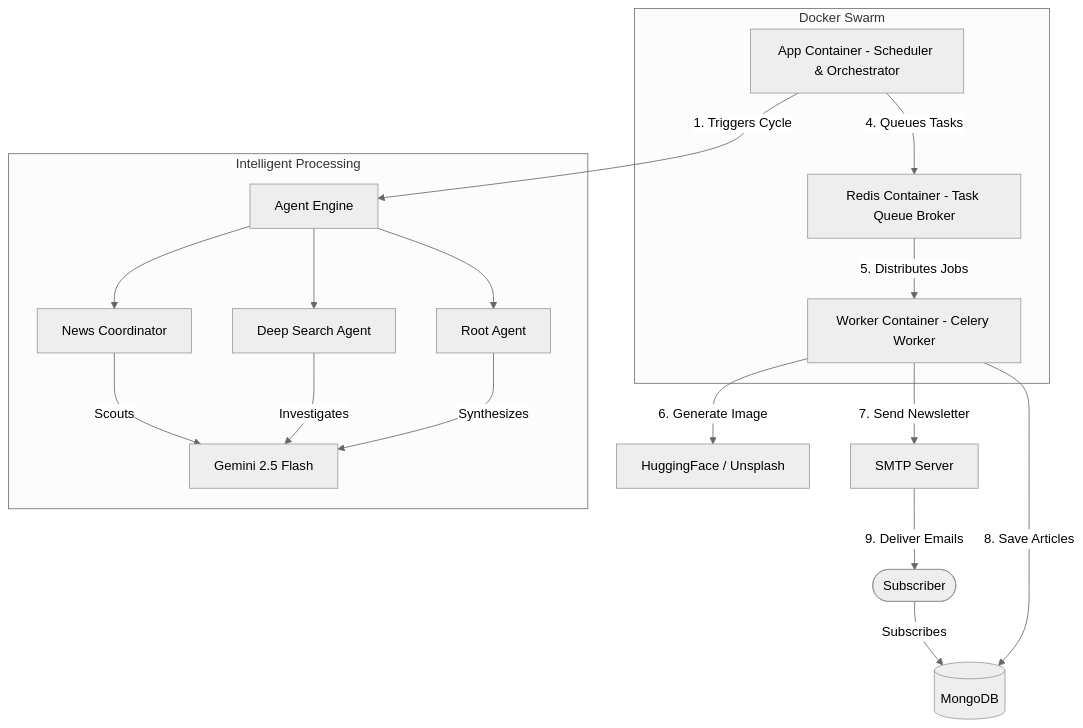
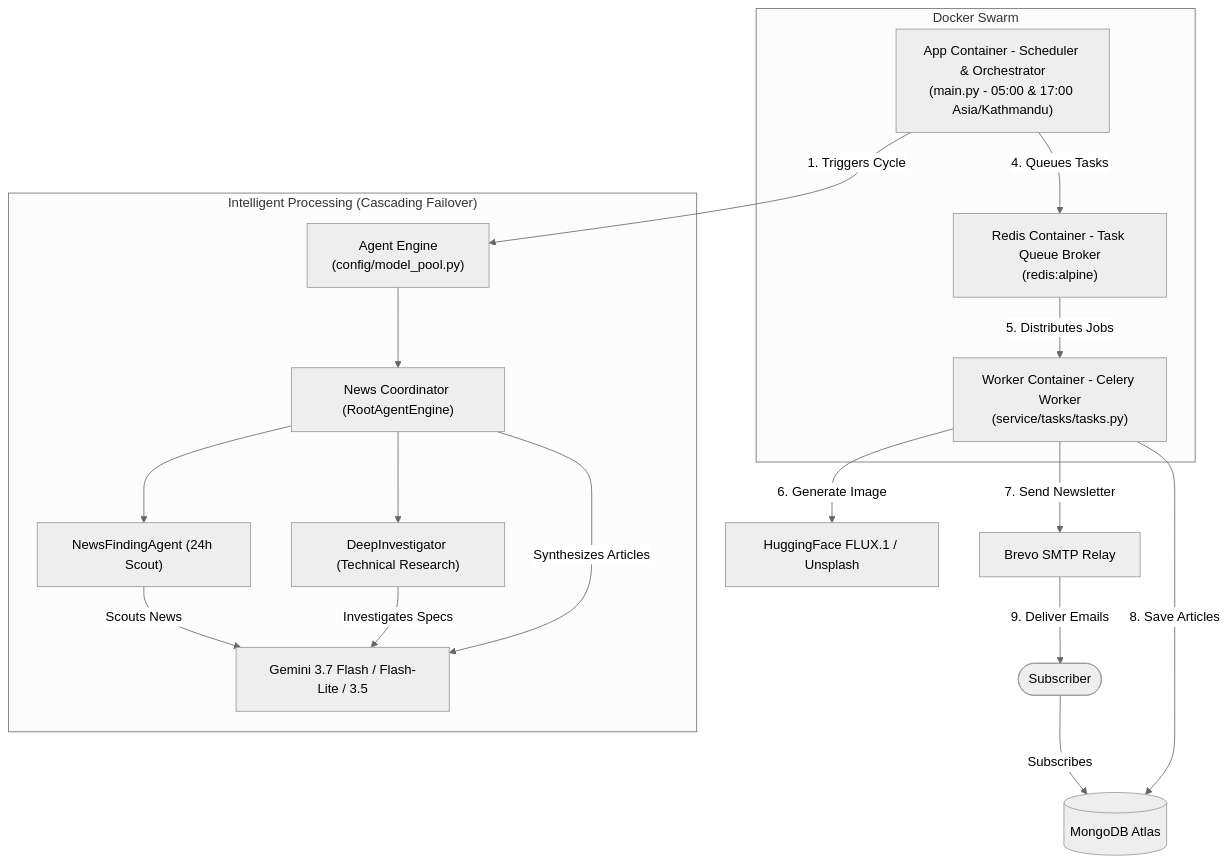
Before and after one commit to AnamolZ/lucid-trend: the first of 2 diagrams in README.md, drawn with Mermaid (neutral theme). The commit also changed other lines of this file and 29 other files, not shown here.

Commit message:
feat: implement multi-model & multi-key cascading failover, zero-token local processing, and architecture cleanup

````diff
--- a/README.md
+++ b/README.md
@@ -26,30 +55,30 @@
 ```mermaid
 flowchart TD
     subgraph "Docker Swarm"
-        Scheduler[App Container - Scheduler & Orchestrator]
-        Worker[Worker Container - Celery Worker]
-        Broker[Redis Container - Task Queue Broker]
+        Scheduler["App Container - Scheduler & Orchestrator\n(main.py - 05:00 & 17:00 Asia/Kathmandu)"]
+        Worker["Worker Container - Celery Worker\n(service/tasks/tasks.py)"]
+        Broker["Redis Container - Task Queue Broker\n(redis:alpine)"]
     end
 
-    User([Subscriber]) --> |Subscribes| MongoDB[(MongoDB)]
+    User([Subscriber]) --> |Subscribes| MongoDB[(MongoDB Atlas)]
     
-    Scheduler --> |1. Triggers Cycle| AgentEngine[Agent Engine]
+    Scheduler --> |1. Triggers Cycle| AgentEngine["Agent Engine\n(config/model_pool.py)"]
     Scheduler --> |4. Queues Tasks| Broker
     Broker --> |5. Distributes Jobs| Worker
 
-    subgraph "Intelligent Processing"
-        AgentEngine --> NewsAgent[News Coordinator]
-        AgentEngine --> DeepSearch[Deep Search Agent]
-        AgentEngine --> RootAgent[Root Agent]
+    subgraph "Intelligent Processing (Cascading Failover)"
+        AgentEngine --> NewsAgent["News Coordinator (RootAgentEngine)"]
+        NewsAgent --> Scout["NewsFindingAgent (24h Scout)"]
+        NewsAgent --> DeepSearch["DeepInvestigator (Technical Research)"]
         
-        NewsAgent --> |Scouts| GeminiAPI[Gemini 2.5 Flash]
-        DeepSearch --> |Investigates| GeminiAPI
-        RootAgent --> |Synthesizes| GeminiAPI
+        Scout --> |Scouts News| GeminiAPI["Gemini 3.7 Flash / Flash-Lite / 3.5"]
+        DeepSearch --> |Investigates Specs| GeminiAPI
+        NewsAgent --> |Synthesizes Articles| GeminiAPI
     end
     
-    Worker --> |6. Generate Image| HF[HuggingFace / Unsplash]
-    Worker --> |7. Send Newsletter| SMTP[SMTP Server]
+    Worker --> |6. Generate Image| HF["HuggingFace FLUX.1 / Unsplash"]
+    Worker --> |7. Send Newsletter| SMTP["Brevo SMTP Relay"]
     
     Worker --> |8. Save Articles| MongoDB
     SMTP --> |9. Deliver Emails| User
 ```
````
